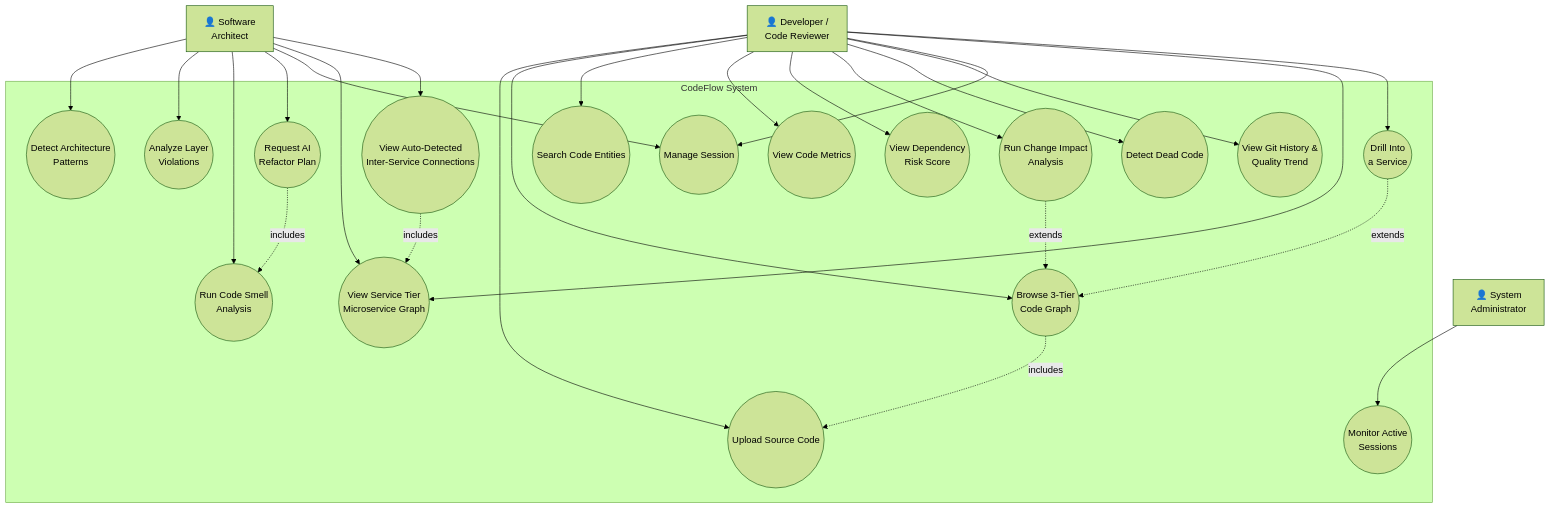
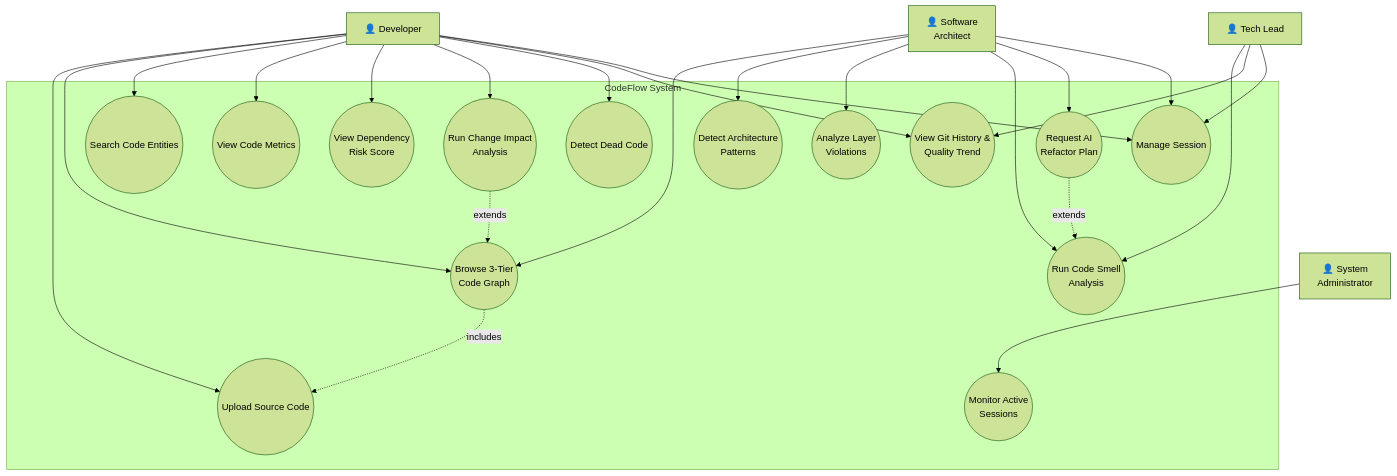
One commit to farjanasarker/Code_Base_Visualisation changed the third of 12 diagrams in SRS.md. Above: the diagram before and after it, drawn with Mermaid (forest theme). The commit also changed other lines of this file and 9 other files, not shown here.

Commit message:
update usecase diagram and other diagram

````diff
--- a/SRS.md
+++ b/SRS.md
@@ -207,54 +207,51 @@
 ```mermaid
 graph TB
-    Dev["👤 Developer /<br/>Code Reviewer"]
+    Dev["👤 Developer"]
     Arch["👤 Software<br/>Architect"]
+    Lead["👤 Tech Lead"]
     Admin["👤 System<br/>Administrator"]
 
     subgraph CodeFlow["CodeFlow System"]
         UC1((Upload Source Code))
         UC2((Browse 3-Tier<br/>Code Graph))
         UC3((Search Code Entities))
         UC4((View Code Metrics))
         UC5((Detect Architecture<br/>Patterns))
         UC6((Analyze Layer<br/>Violations))
         UC7((Run Code Smell<br/>Analysis))
         UC8((Request AI<br/>Refactor Plan))
         UC9((View Dependency<br/>Risk Score))
         UC10((Run Change Impact<br/>Analysis))
         UC11((Detect Dead Code))
         UC12((View Git History &<br/>Quality Trend))
         UC13((Manage Session))
         UC14((Monitor Active<br/>Sessions))
-        UC15((View Service Tier<br/>Microservice Graph))
-        UC16((Drill Into<br/>a Service))
-        UC17((View Auto-Detected<br/>Inter-Service Connections))
     end
 
     Dev --> UC1
     Dev --> UC2
     Dev --> UC3
     Dev --> UC4
     Dev --> UC9
     Dev --> UC10
     Dev --> UC11
     Dev --> UC12
+    Dev --> UC13
 
+    Arch --> UC2
     Arch --> UC5
     Arch --> UC6
     Arch --> UC7
     Arch --> UC8
+    Arch --> UC13
+
+    Lead --> UC7
+    Lead --> UC12
+    Lead --> UC13
 
     Admin --> UC14
-    Dev --> UC13
-    Arch --> UC13
-    Dev --> UC15
-    Dev --> UC16
-    Arch --> UC15
-    Arch --> UC17
 
-    UC8 -.includes.-> UC7
     UC2 -.includes.-> UC1
+    UC8 -.extends.-> UC7
     UC10 -.extends.-> UC2
-    UC16 -.extends.-> UC2
-    UC17 -.includes.-> UC15
 ```
````
